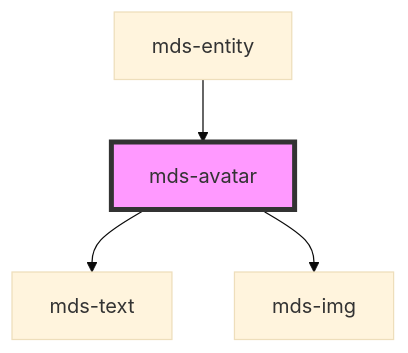
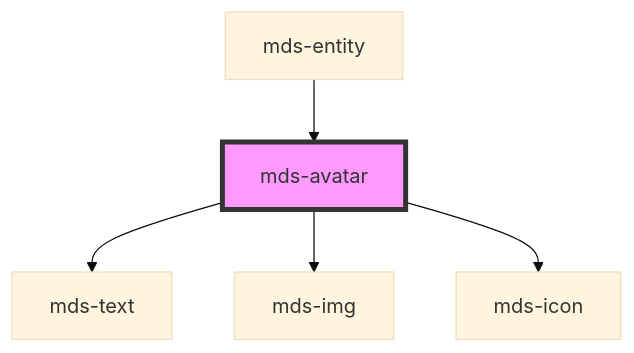
Before and after one commit to magma-design-system/magma: the diagram in projects/stencil/src/components/mds-avatar/readme.md, drawn with Mermaid (base theme). The commit also changed other lines of this file and 7 other files, not shown here.

Commit message:
feat(mds-avatar): add color variants and custom icon

````diff
--- a/projects/stencil/src/components/mds-avatar/readme.md
+++ b/projects/stencil/src/components/mds-avatar/readme.md
@@ -110,7 +104,8 @@
 ```mermaid
 graph TD;
   mds-avatar --> mds-text
   mds-avatar --> mds-img
+  mds-avatar --> mds-icon
   mds-entity --> mds-avatar
   style mds-avatar fill:#f9f,stroke:#333,stroke-width:4px
 ```
````
